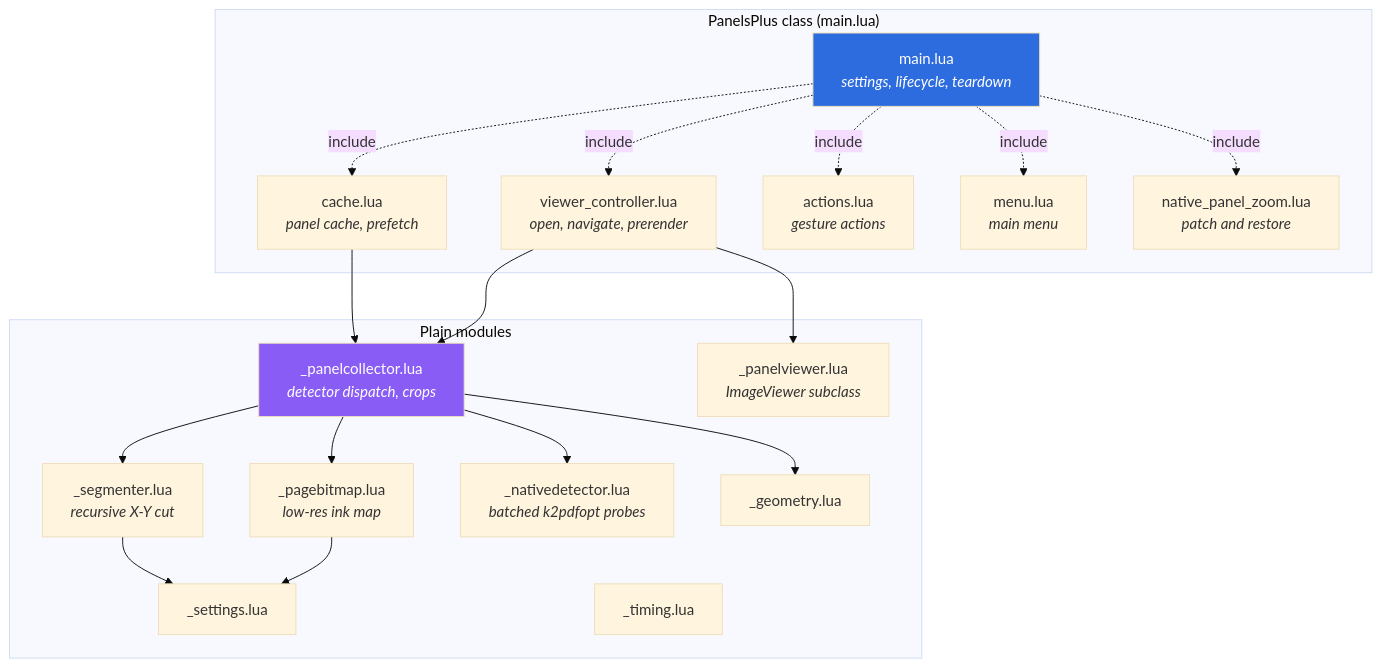
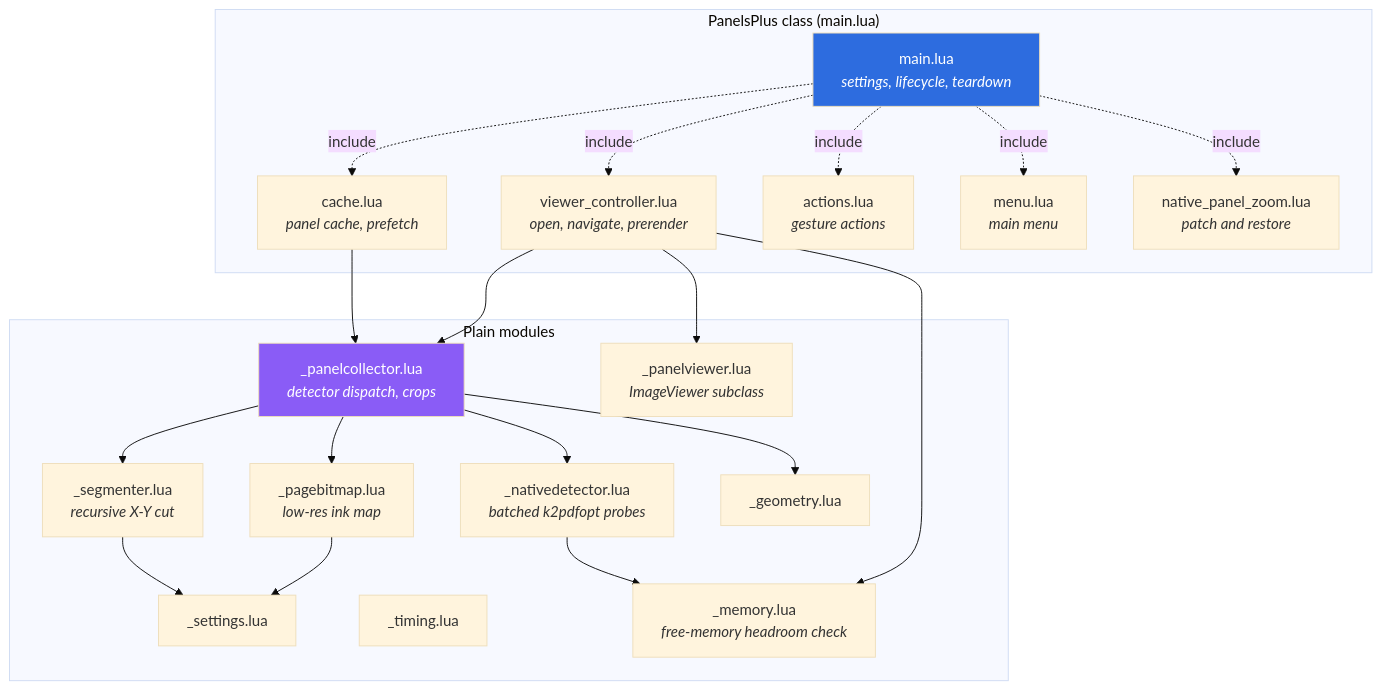
Before and after one commit to KristanLaimon/PanelsPlus: the second of 5 diagrams in docs/ARCHITECTURE.md, drawn with Mermaid (base theme). The commit also changed other lines of this file and 11 other files, not shown here.

````diff
--- a/docs/ARCHITECTURE.md
+++ b/docs/ARCHITECTURE.md
@@ -48,40 +48,43 @@
 ```mermaid
 flowchart TD
     subgraph pluginclass ["PanelsPlus class (main.lua)"]
         MAIN["main.lua<br/><i>settings, lifecycle, teardown</i>"]
         CACHE["cache.lua<br/><i>panel cache, prefetch</i>"]
         VC["viewer_controller.lua<br/><i>open, navigate, prerender</i>"]
         ACT["actions.lua<br/><i>gesture actions</i>"]
         MENU["menu.lua<br/><i>main menu</i>"]
         NPZ["native_panel_zoom.lua<br/><i>patch and restore</i>"]
     end
 
     subgraph plain ["Plain modules"]
         PC["_panelcollector.lua<br/><i>detector dispatch, crops</i>"]
         SEG["_segmenter.lua<br/><i>recursive X-Y cut</i>"]
         PB["_pagebitmap.lua<br/><i>low-res ink map</i>"]
         ND["_nativedetector.lua<br/><i>batched k2pdfopt probes</i>"]
         PV["_panelviewer.lua<br/><i>ImageViewer subclass</i>"]
         GEO["_geometry.lua"]
         SET["_settings.lua"]
         TIM["_timing.lua"]
+        MEM["_memory.lua<br/><i>free-memory headroom check</i>"]
     end
 
     MAIN -.->|include| CACHE
     MAIN -.->|include| VC
     MAIN -.->|include| ACT
     MAIN -.->|include| MENU
     MAIN -.->|include| NPZ
     CACHE --> PC
     VC --> PC
     VC --> PV
+    VC --> MEM
     PC --> SEG
     PC --> PB
     PC --> ND
     PC --> GEO
+    ND --> MEM
     SEG --> SET
     PB --> SET
 
     style MAIN fill:#2d6cdf,color:#fff
     style PC fill:#8a5cf6,color:#fff
 ```
````
